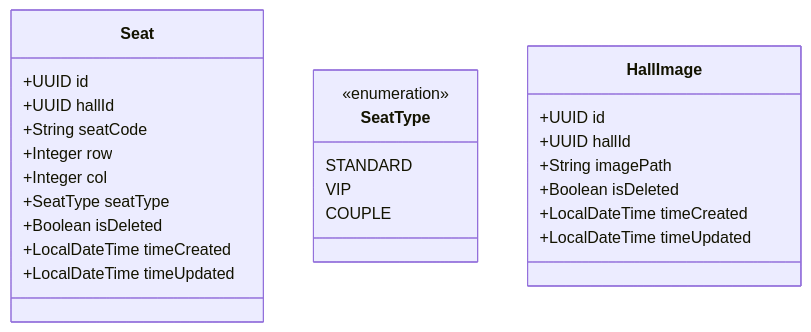
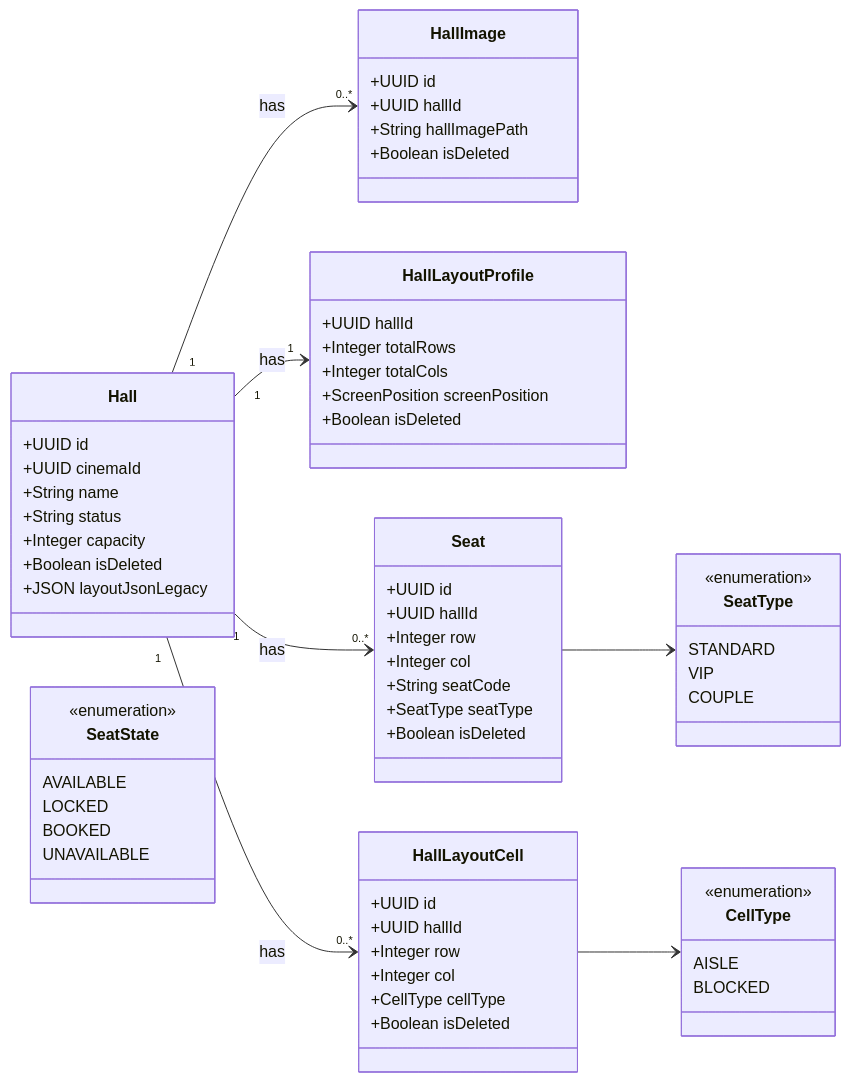
Before and after one commit to hiendangba/KLTN_Cinema: the diagram in cinema-microservices/SEAT_SERVICE_MIGRATION_PLAN.md, drawn with Mermaid. The commit also changed other lines of this file and 48 other files, not shown here.

First line of the commit message:
feat(seat-service): implement seat layout management with gRPC integration

````diff
--- a/cinema-microservices/SEAT_SERVICE_MIGRATION_PLAN.md
+++ b/cinema-microservices/SEAT_SERVICE_MIGRATION_PLAN.md
@@ -45,30 +16,76 @@
 ```mermaid
 classDiagram
+direction LR
+
+class Hall {
+  +UUID id
+  +UUID cinemaId
+  +String name
+  +String status
+  +Integer capacity
+  +Boolean isDeleted
+  +JSON layoutJsonLegacy
+}
+
+class HallImage {
+  +UUID id
+  +UUID hallId
+  +String hallImagePath
+  +Boolean isDeleted
+}
+
+class HallLayoutProfile {
+  +UUID hallId
+  +Integer totalRows
+  +Integer totalCols
+  +ScreenPosition screenPosition
+  +Boolean isDeleted
+}
+
 class Seat {
   +UUID id
   +UUID hallId
-  +String seatCode
   +Integer row
   +Integer col
+  +String seatCode
   +SeatType seatType
   +Boolean isDeleted
-  +LocalDateTime timeCreated
-  +LocalDateTime timeUpdated
+}
+
+class HallLayoutCell {
+  +UUID id
+  +UUID hallId
+  +Integer row
+  +Integer col
+  +CellType cellType
+  +Boolean isDeleted
 }
 
 class SeatType {
   <<enumeration>>
   STANDARD
   VIP
   COUPLE
 }
 
-class HallImage {
-  +UUID id
-  +UUID hallId
-  +String imagePath
-  +Boolean isDeleted
-  +LocalDateTime timeCreated
-  +LocalDateTime timeUpdated
+class CellType {
+  <<enumeration>>
+  AISLE
+  BLOCKED
 }
+
+class SeatState {
+  <<enumeration>>
+  AVAILABLE
+  LOCKED
+  BOOKED
+  UNAVAILABLE
+}
+
+Hall "1" --> "0..*" HallImage : has
+Hall "1" --> "1" HallLayoutProfile : has
+Hall "1" --> "0..*" Seat : has
+Hall "1" --> "0..*" HallLayoutCell : has
+Seat --> SeatType
+HallLayoutCell --> CellType
 ```
````
